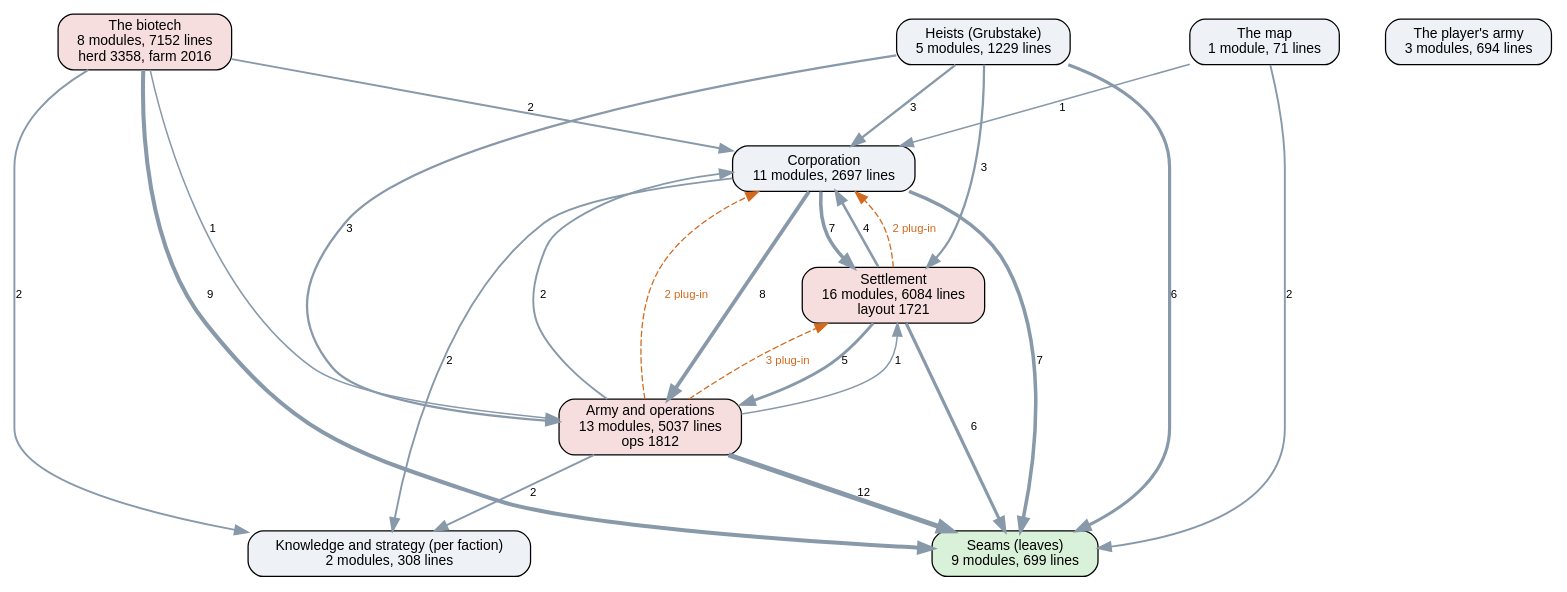
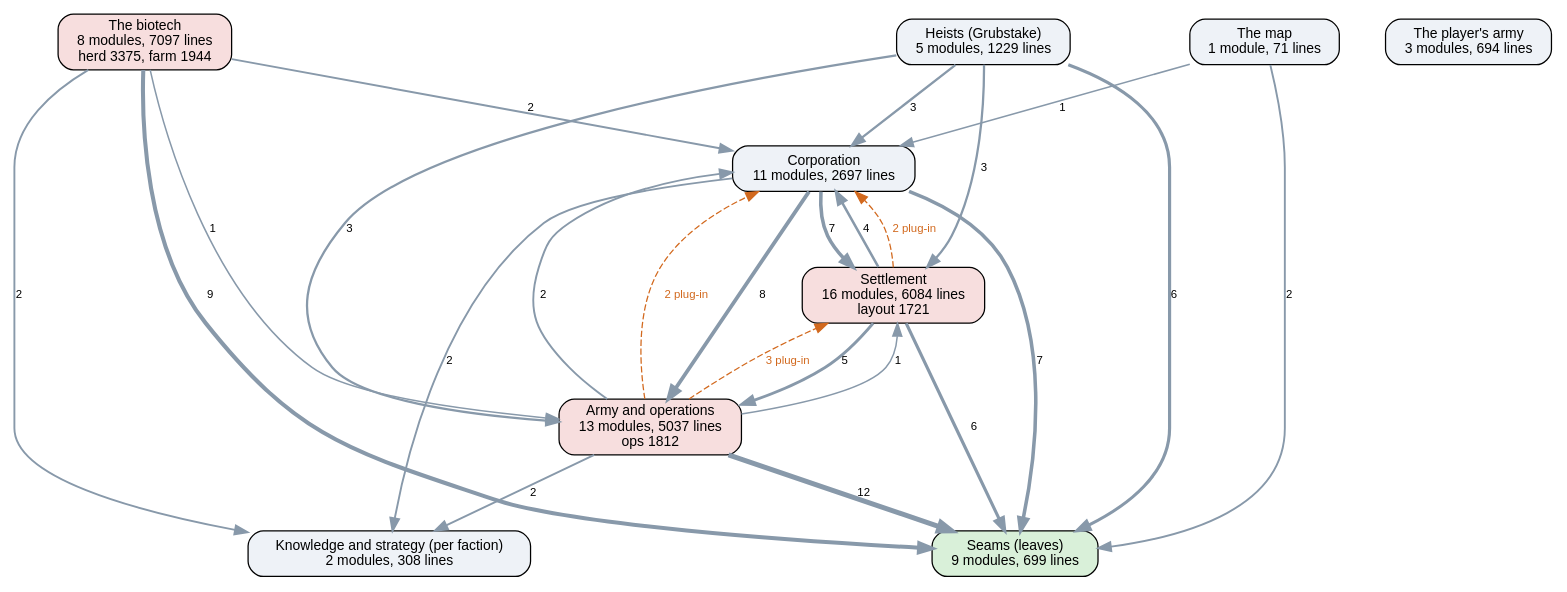
Before and after one commit to kinelhu/landing-party: the diagram in docs/ai-layers.dot, drawn with Graphviz. The commit also changed 10 other files, not shown here.

```diff
--- a/docs/ai-layers.dot
+++ b/docs/ai-layers.dot
@@ -1,38 +1,38 @@
 digraph layers {
   graph [rankdir=TB, fontname="Helvetica", nodesep=0.5, ranksep=0.7];
   node [shape=box, style="rounded,filled", fontname="Helvetica", fontsize=11, fillcolor="#eef2f7"];
   edge [color="#8899aa", fontname="Helvetica", fontsize=9];
   "Seams (leaves)" [label="Seams (leaves)\n9 modules, 699 lines", fillcolor="#d9f0d9"];
   "Knowledge and strategy (per faction)" [label="Knowledge and strategy (per faction)\n2 modules, 308 lines", fillcolor="#eef2f7"];
   "Corporation" [label="Corporation\n11 modules, 2697 lines", fillcolor="#eef2f7"];
   "Settlement" [label="Settlement\n16 modules, 6084 lines\nlayout 1721", fillcolor="#f7dede"];
   "Army and operations" [label="Army and operations\n13 modules, 5037 lines\nops 1812", fillcolor="#f7dede"];
   "Heists (Grubstake)" [label="Heists (Grubstake)\n5 modules, 1229 lines", fillcolor="#eef2f7"];
-  "The biotech" [label="The biotech\n8 modules, 7152 lines\nherd 3358, farm 2016", fillcolor="#f7dede"];
+  "The biotech" [label="The biotech\n8 modules, 7097 lines\nherd 3375, farm 1944", fillcolor="#f7dede"];
   "The map" [label="The map\n1 module, 71 lines", fillcolor="#eef2f7"];
   "The player's army" [label="The player's army\n3 modules, 694 lines", fillcolor="#eef2f7"];
   "Army and operations" -> "Corporation" [label="2", penwidth=1.5];
   "Army and operations" -> "Knowledge and strategy (per faction)" [label="2", penwidth=1.5];
   "Army and operations" -> "Seams (leaves)" [label="12", penwidth=4.0];
   "Army and operations" -> "Settlement" [label="1", penwidth=1.2];
   "Corporation" -> "Army and operations" [label="8", penwidth=3.0];
   "Corporation" -> "Knowledge and strategy (per faction)" [label="2", penwidth=1.5];
   "Corporation" -> "Seams (leaves)" [label="7", penwidth=2.8];
   "Corporation" -> "Settlement" [label="7", penwidth=2.8];
   "Heists (Grubstake)" -> "Army and operations" [label="3", penwidth=1.8];
   "Heists (Grubstake)" -> "Corporation" [label="3", penwidth=1.8];
   "Heists (Grubstake)" -> "Seams (leaves)" [label="6", penwidth=2.5];
   "Heists (Grubstake)" -> "Settlement" [label="3", penwidth=1.8];
   "Settlement" -> "Army and operations" [label="5", penwidth=2.2];
   "Settlement" -> "Corporation" [label="4", penwidth=2.0];
   "Settlement" -> "Seams (leaves)" [label="6", penwidth=2.5];
   "The biotech" -> "Army and operations" [label="1", penwidth=1.2];
   "The biotech" -> "Corporation" [label="2", penwidth=1.5];
   "The biotech" -> "Knowledge and strategy (per faction)" [label="2", penwidth=1.5];
   "The biotech" -> "Seams (leaves)" [label="9", penwidth=3.2];
   "The map" -> "Corporation" [label="1", penwidth=1.2];
   "The map" -> "Seams (leaves)" [label="2", penwidth=1.5];
   "Army and operations" -> "Corporation" [style=dashed, color="#d2691e", fontcolor="#d2691e", label="2 plug-in"];
   "Army and operations" -> "Settlement" [style=dashed, color="#d2691e", fontcolor="#d2691e", label="3 plug-in"];
   "Settlement" -> "Corporation" [style=dashed, color="#d2691e", fontcolor="#d2691e", label="2 plug-in"];
 }
```
